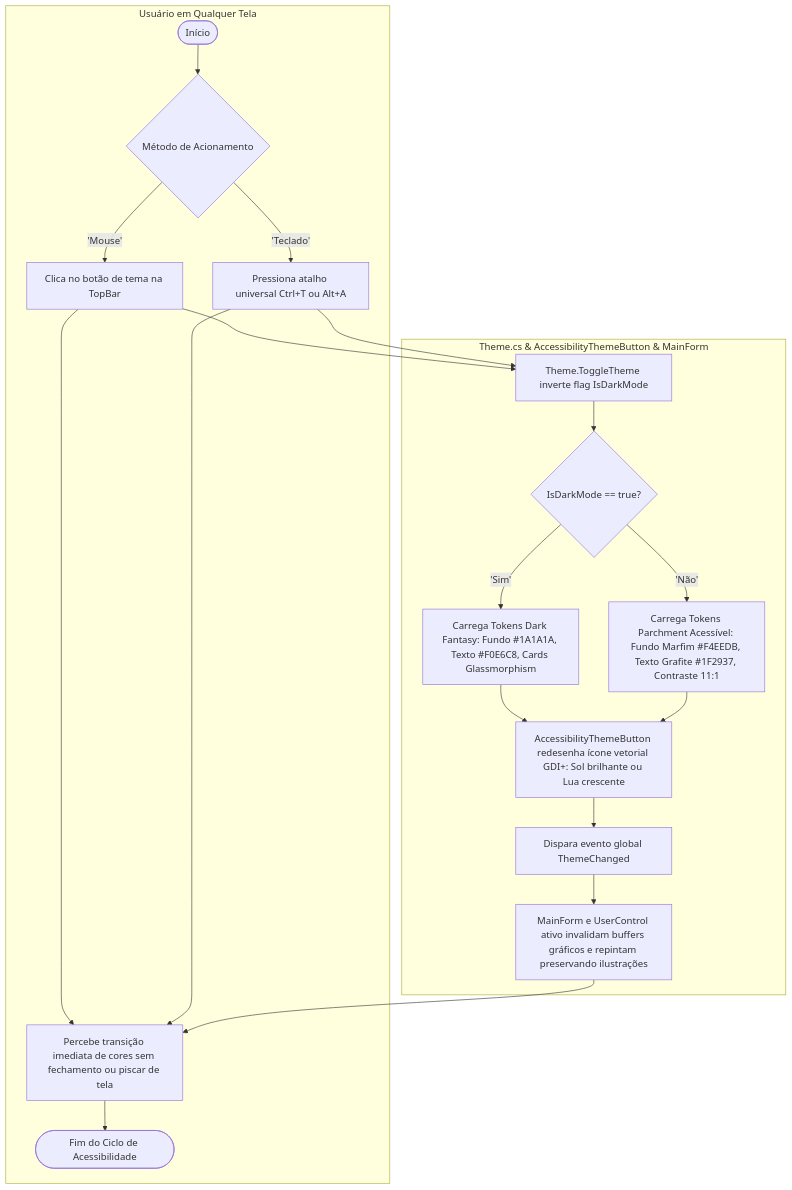
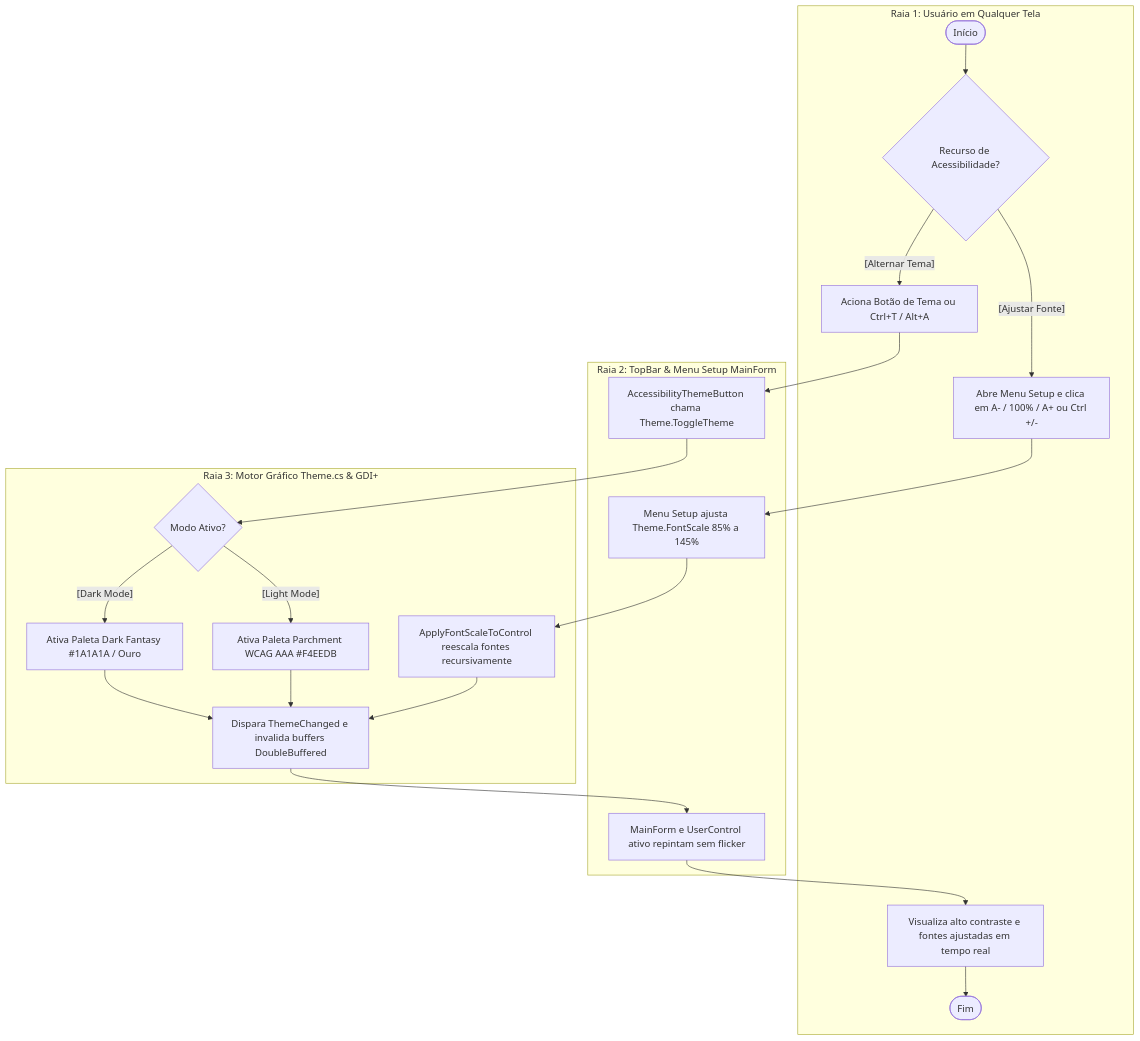
Before and after one commit to Pim-Unip2025/desktop: the sixth of 6 diagrams in DiagramaDeAtividades.md, drawn with Mermaid. The commit also changed other lines of this file and 66 other files, not shown here.

Commit message:
feat(desktop): adiciona Setup/QA Runner com teste de rede, acessibilidade tipografica, listagem completa no Admin e reorganiza diagramas UML (Classes, Atividades e Sequencia)

````diff
--- a/DiagramaDeAtividades.md
+++ b/DiagramaDeAtividades.md
@@ -394,35 +288,29 @@
 ```mermaid
 flowchart TD
-    subgraph Usuario [Usuário em Qualquer Tela]
-        A11y_Start([Início]) --> A11y_Trigger{Método de Acionamento}
-        A11y_Trigger -- 'Mouse' --> A11y_ClickBtn[Clica no botão de tema na TopBar]
-        A11y_Trigger -- 'Teclado' --> A11y_HotKey[Pressiona atalho universal Ctrl+T ou Alt+A]
-        
-        A11y_ClickBtn & A11y_HotKey --> A11y_Observe[Percebe transição imediata de cores sem fechamento ou piscar de tela]
-        A11y_Observe --> A11y_End([Fim do Ciclo de Acessibilidade])
+    subgraph Usuario [Raia 1: Usuário em Qualquer Tela]
+        U6_Init([Início]) --> U6_Dec{Recurso de Acessibilidade?}
+        U6_Dec -- "[Alternar Tema]" --> U6_Thm[Aciona Botão de Tema ou Ctrl+T / Alt+A]
+        U6_Dec -- "[Ajustar Fonte]" --> U6_Fnt[Abre Menu Setup e clica em A- / 100% / A+ ou Ctrl +/-]
+        U6_Obs[Visualiza alto contraste e fontes ajustadas em tempo real] --> U6_End([Fim])
     end
 
-    subgraph ThemeEngine [Theme.cs & AccessibilityThemeButton & MainForm]
-        T_Toggle[Theme.ToggleTheme inverte flag IsDarkMode]
-        T_EvalTheme{IsDarkMode == true?}
-        
-        T_SetDark[Carrega Tokens Dark Fantasy: Fundo #1A1A1A, Texto #F0E6C8, Cards Glassmorphism]
-        T_SetLight[Carrega Tokens Parchment Acessível: Fundo Marfim #F4EEDB, Texto Grafite #1F2937, Contraste 11:1]
-        
-        T_RedrawBtn[AccessibilityThemeButton redesenha ícone vetorial GDI+: Sol brilhante ou Lua crescente]
-        T_FireEvent[Dispara evento global ThemeChanged]
-        T_RefreshControls[MainForm e UserControl ativo invalidam buffers gráficos e repintam preservando ilustrações]
+    subgraph TopBar [Raia 2: TopBar & Menu Setup MainForm]
+        M6_Tgl[AccessibilityThemeButton chama Theme.ToggleTheme]
+        M6_Fnt[Menu Setup ajusta Theme.FontScale 85% a 145%]
+        M6_Rep[MainForm e UserControl ativo repintam sem flicker]
     end
 
-    A11y_ClickBtn --> T_Toggle
-    A11y_HotKey --> T_Toggle
-    T_Toggle --> T_EvalTheme
-    
-    T_EvalTheme -- 'Sim' --> T_SetDark
-    T_EvalTheme -- 'Não' --> T_SetLight
-    
-    T_SetDark & T_SetLight --> T_RedrawBtn
-    T_RedrawBtn --> T_FireEvent
-    T_FireEvent --> T_RefreshControls
-    T_RefreshControls --> A11y_Observe
+    subgraph Engine [Raia 3: Motor Gráfico Theme.cs & GDI+]
+        T6_DecT{Modo Ativo?}
+        T6_Dark[Ativa Paleta Dark Fantasy #1A1A1A / Ouro]
+        T6_Lght[Ativa Paleta Parchment WCAG AAA #F4EEDB]
+        T6_Scale[ApplyFontScaleToControl reescala fontes recursivamente]
+        T6_Evt[Dispara ThemeChanged e invalida buffers DoubleBuffered]
+    end
+
+    U6_Thm --> M6_Tgl --> T6_DecT
+    T6_DecT -- "[Dark Mode]" --> T6_Dark --> T6_Evt
+    T6_DecT -- "[Light Mode]" --> T6_Lght --> T6_Evt
+    U6_Fnt --> M6_Fnt --> T6_Scale --> T6_Evt
+    T6_Evt --> M6_Rep --> U6_Obs
 ```
````
